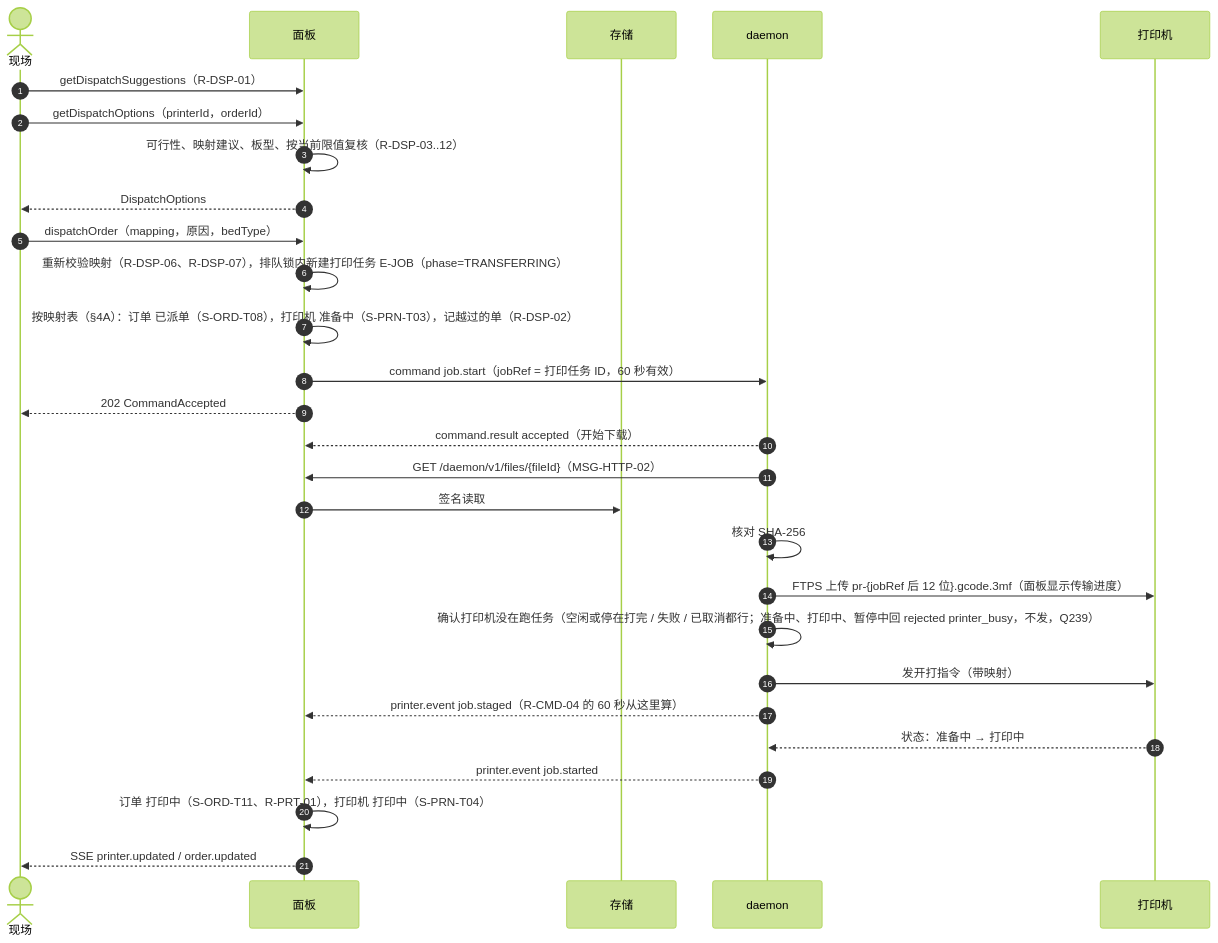
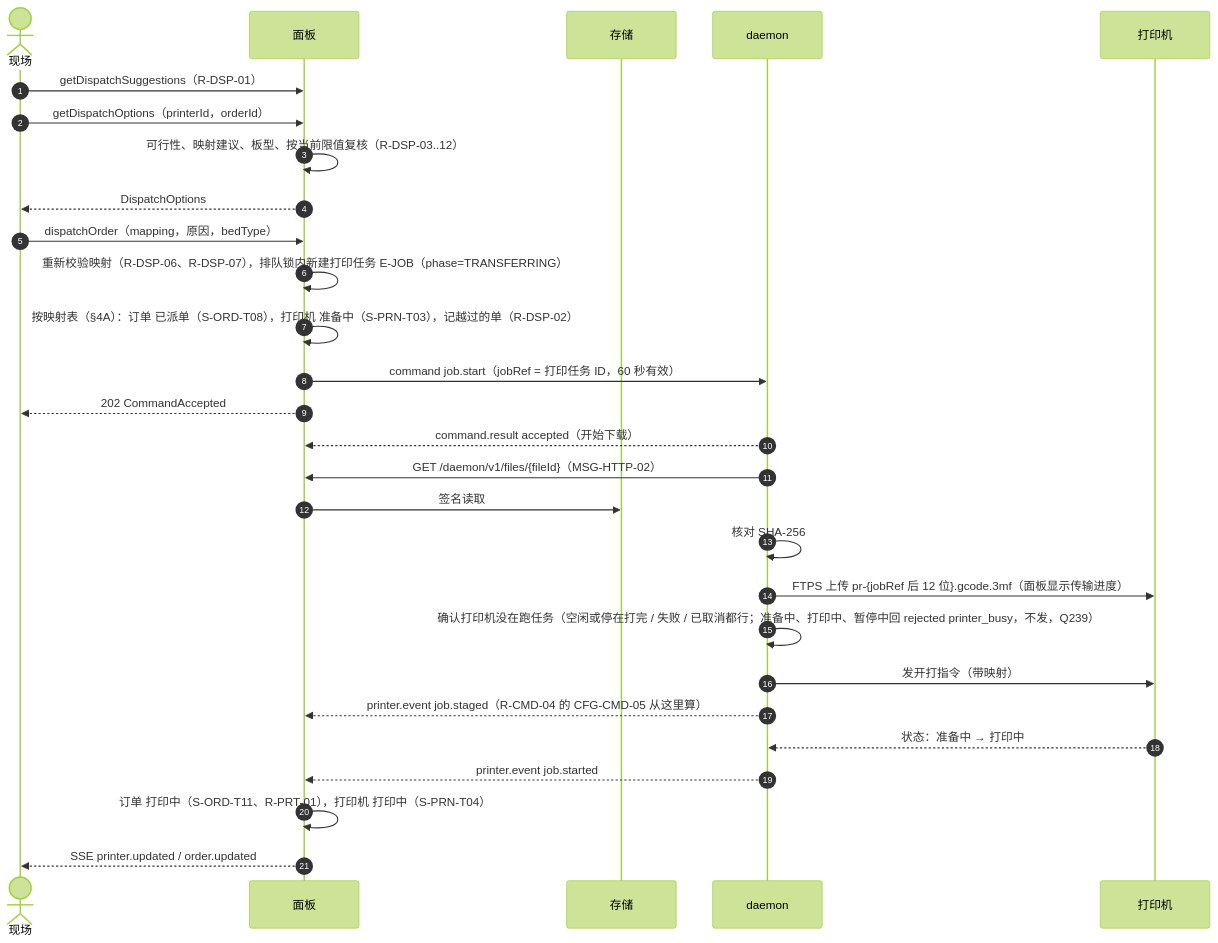
The third of 11 diagrams in docs/design/03-sequences.md (PlateRelay/PlateRelay), drawn with Mermaid (forest theme) before and after one commit. The commit also changed other lines of this file, not shown here.

Commit message:
docs(design): update dispatch sequence start wait parameter
Claude-Session: https://claude.ai/code/session_012TmsB2UUV3GMJ8Hk98n5y7

````diff
--- a/docs/design/03-sequences.md
+++ b/docs/design/03-sequences.md
@@ -115,30 +115,30 @@
 ```mermaid
 sequenceDiagram
   autonumber
   actor S as 现场
   participant P as 面板
   participant O as 存储
   participant D as daemon
   participant R as 打印机
   S->>P: getDispatchSuggestions（R-DSP-01）
   S->>P: getDispatchOptions（printerId，orderId）
   P->>P: 可行性、映射建议、板型、按当前限值复核（R-DSP-03..12）
   P-->>S: DispatchOptions
   S->>P: dispatchOrder（mapping，原因，bedType）
   P->>P: 重新校验映射（R-DSP-06、R-DSP-07），排队锁内新建打印任务 E-JOB（phase=TRANSFERRING）
   P->>P: 按映射表（§4A）：订单 已派单（S-ORD-T08），打印机 准备中（S-PRN-T03），记越过的单（R-DSP-02）
   P->>D: command job.start（jobRef = 打印任务 ID，60 秒有效）
   P-->>S: 202 CommandAccepted
   D-->>P: command.result accepted（开始下载）
   D->>P: GET /daemon/v1/files/{fileId}（MSG-HTTP-02）
   P->>O: 签名读取
   D->>D: 核对 SHA-256
   D->>R: FTPS 上传 pr-{jobRef 后 12 位}.gcode.3mf（面板显示传输进度）
   D->>D: 确认打印机没在跑任务（空闲或停在打完 / 失败 / 已取消都行；准备中、打印中、暂停中回 rejected printer_busy，不发，Q239）
   D->>R: 发开打指令（带映射）
-  D-->>P: printer.event job.staged（R-CMD-04 的 60 秒从这里算）
+  D-->>P: printer.event job.staged（R-CMD-04 的 CFG-CMD-05 从这里算）
   R-->>D: 状态：准备中 → 打印中
   D-->>P: printer.event job.started
   P->>P: 订单 打印中（S-ORD-T11、R-PRT-01），打印机 打印中（S-PRN-T04）
   P-->>S: SSE printer.updated / order.updated
 ```
````
